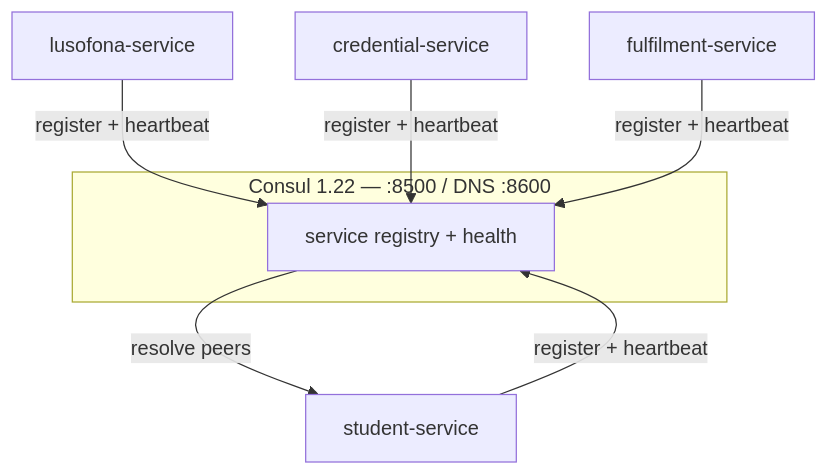
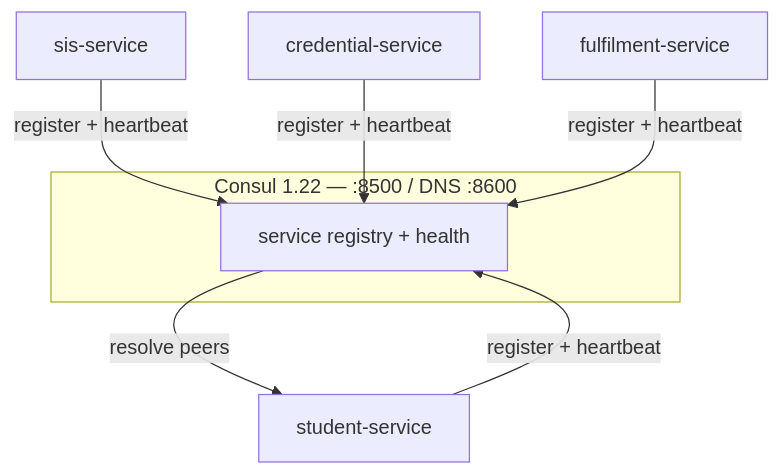
Before and after one commit to marcelogdomingues/ulht-dcs-public: diagram 12 of 16 in docs/ARCHITECTURE.md, drawn with Mermaid. The commit also changed other lines of this file and 600 other files, not shown here.

````diff
--- a/docs/ARCHITECTURE.md
+++ b/docs/ARCHITECTURE.md
@@ -610,11 +610,11 @@
 ```mermaid
 graph TB
     subgraph consul["Consul 1.22 — :8500 / DNS :8600"]
         reg["service registry + health"]
     end
     student["student-service"] -->|register + heartbeat| reg
-    lusofona["lusofona-service"] -->|register + heartbeat| reg
+    sis["sis-service"] -->|register + heartbeat| reg
     credential["credential-service"] -->|register + heartbeat| reg
     fulfilment["fulfilment-service"] -->|register + heartbeat| reg
     reg -->|resolve peers| student
 ```
````
